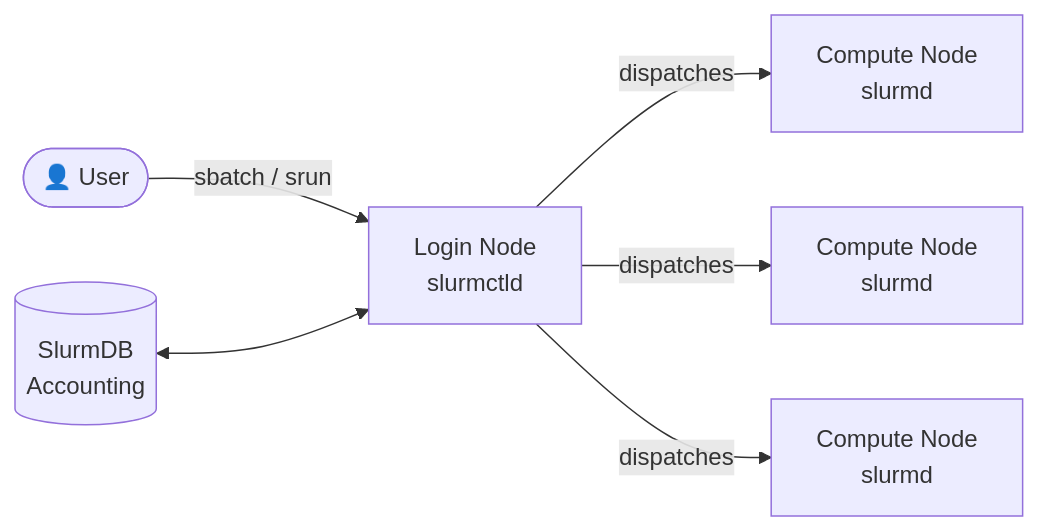
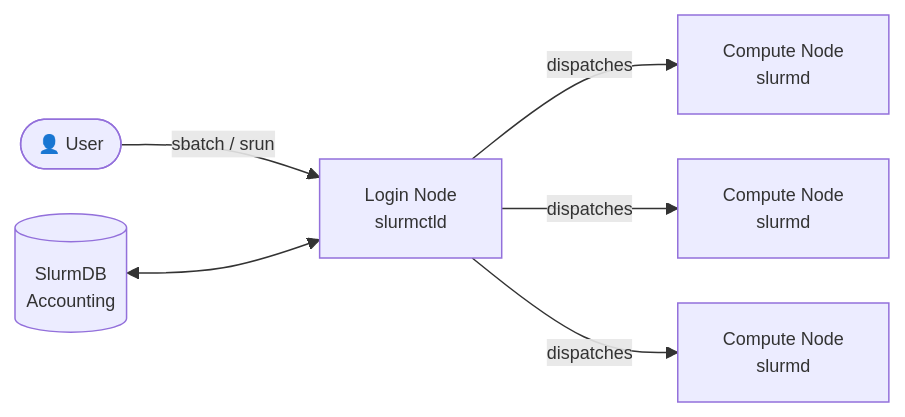
The diagram in slides/slurm-architecture.qmd (BerndDoser/EDUCADO_Slurm_Workshop), drawn with Mermaid before and after one commit. The commit also changed 2 other files, not shown here.

Commit message:
Add Slurm reservations section and update architecture diagram

````diff
--- a/slides/slurm-architecture.qmd
+++ b/slides/slurm-architecture.qmd
@@ -3,9 +3,10 @@
 ```{mermaid}
 %%| fig-align: center
+%%{ init: { "themeVariables": { "fontSize": "12px" }, "flowchart": { "nodeSpacing": 30, "rankSpacing": 60 } } }%%
 flowchart LR
-    U(["👤 User"]) -- sbatch / srun --> LC["Login Node\nslurmctld"]
-    LC -- dispatches --> N1["Compute Node\nslurmd"]
-    LC -- dispatches --> N2["Compute Node\nslurmd"]
-    LC -- dispatches --> N3["Compute Node\nslurmd"]
-    DB[("SlurmDB\nAccounting")] <--> LC
+    U(["👤 User"]) -- sbatch / srun --> LC["Login Node<br/>slurmctld"]
+    LC -- dispatches --> N1["Compute Node<br/>slurmd"]
+    LC -- dispatches --> N2["Compute Node<br/>slurmd"]
+    LC -- dispatches --> N3["Compute Node<br/>slurmd"]
+    DB[("SlurmDB<br/>Accounting")] <--> LC
 ```
````
